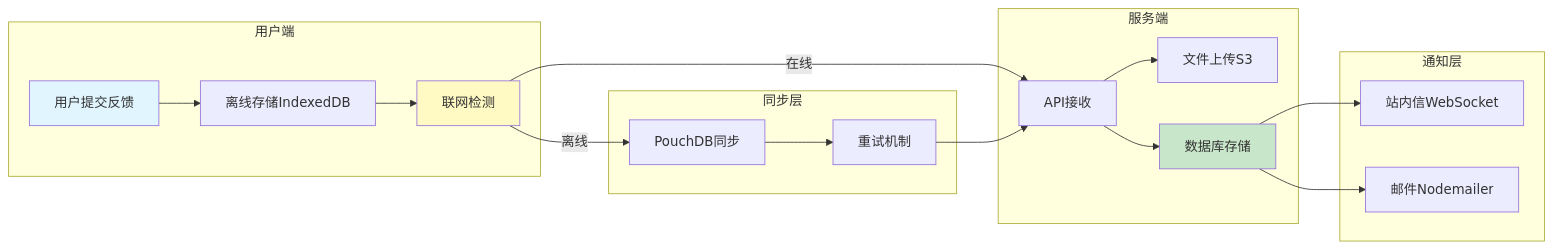
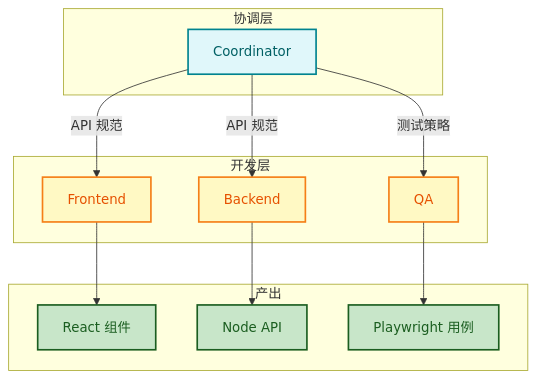
Before and after one commit to microwind/ai-skills: the ninth of 13 diagrams in docs/claude/ClaudeCode实战指南.md, drawn with Mermaid. The commit also changed other lines of this file and 32 other files, not shown here.

````diff
--- a/docs/claude/ClaudeCode实战指南.md
+++ b/docs/claude/ClaudeCode实战指南.md
@@ -924,39 +1068,29 @@
 ```mermaid
-flowchart LR
-    subgraph "用户端"
-        A[用户提交反馈]
-        B[离线存储IndexedDB]
-        C[联网检测]
+graph TB
+    subgraph Coord ["协调层"]
+        A[Coordinator]
     end
-    
-    subgraph "同步层"
-        D[PouchDB同步]
-        E[重试机制]
+    subgraph Dev ["开发层"]
+        B[Frontend]
+        C[Backend]
+        D[QA]
     end
-    
-    subgraph "服务端"
-        F[API接收]
-        G[文件上传S3]
-        H[数据库存储]
+    subgraph Out ["产出"]
+        E[React 组件]
+        F[Node API]
+        G[Playwright 用例]
     end
-    
-    subgraph "通知层"
-        I[站内信WebSocket]
-        J[邮件Nodemailer]
-    end
-    
-    A --> B
-    B --> C
-    C -->|在线| F
-    C -->|离线| D
-    D --> E
-    E --> F
-    F --> G
-    F --> H
-    H --> I
-    H --> J
-    
-    style A fill:#e1f5ff
-    style H fill:#c8e6c9
-    style C fill:#fff9c4
+    A -->|API 规范| B
+    A -->|API 规范| C
+    A -->|测试策略| D
+    B --> E
+    C --> F
+    D --> G
+
+    classDef coord fill:#e0f7fa,stroke:#00838f,stroke-width:2px,color:#006064;
+    classDef dev fill:#fff9c4,stroke:#f57f17,stroke-width:2px,color:#e65100;
+    classDef out fill:#c8e6c9,stroke:#1b5e20,stroke-width:2px,color:#1b5e20;
+    class A coord;
+    class B,C,D dev;
+    class E,F,G out;
 ```
````
